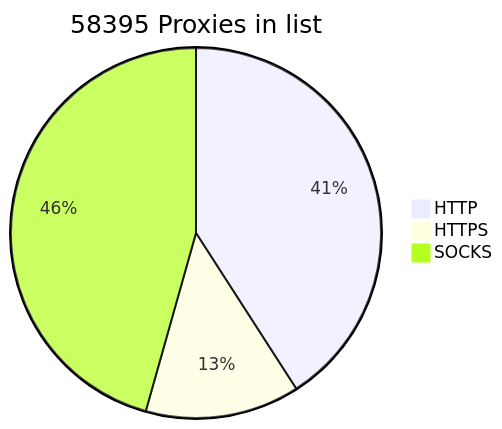
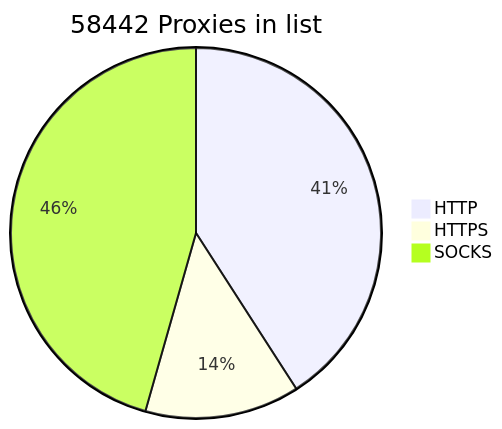
One commit to BlackSnowDot/proxylist-update-every-minute changed the diagram in README.md. Above: the diagram before and after it, drawn with Mermaid.

````diff
--- a/README.md
+++ b/README.md
@@ -2,6 +2,6 @@
 ```mermaid
-pie title 58395 Proxies in list
-    "HTTP" : 26917
-    "HTTPS": 8871
+pie title 58442 Proxies in list
+    "HTTP" : 26939
+    "HTTPS": 8899
     "SOCKS" : 30031
 ```
````
